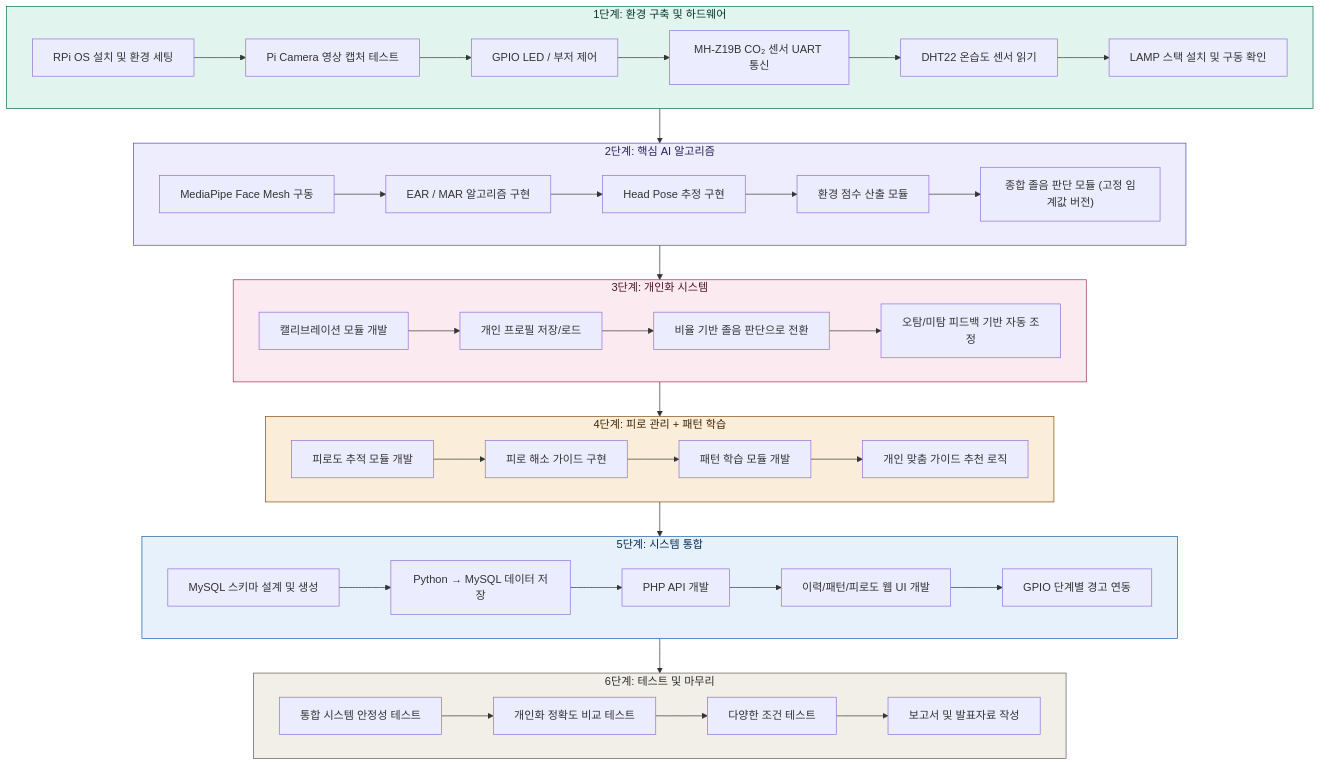
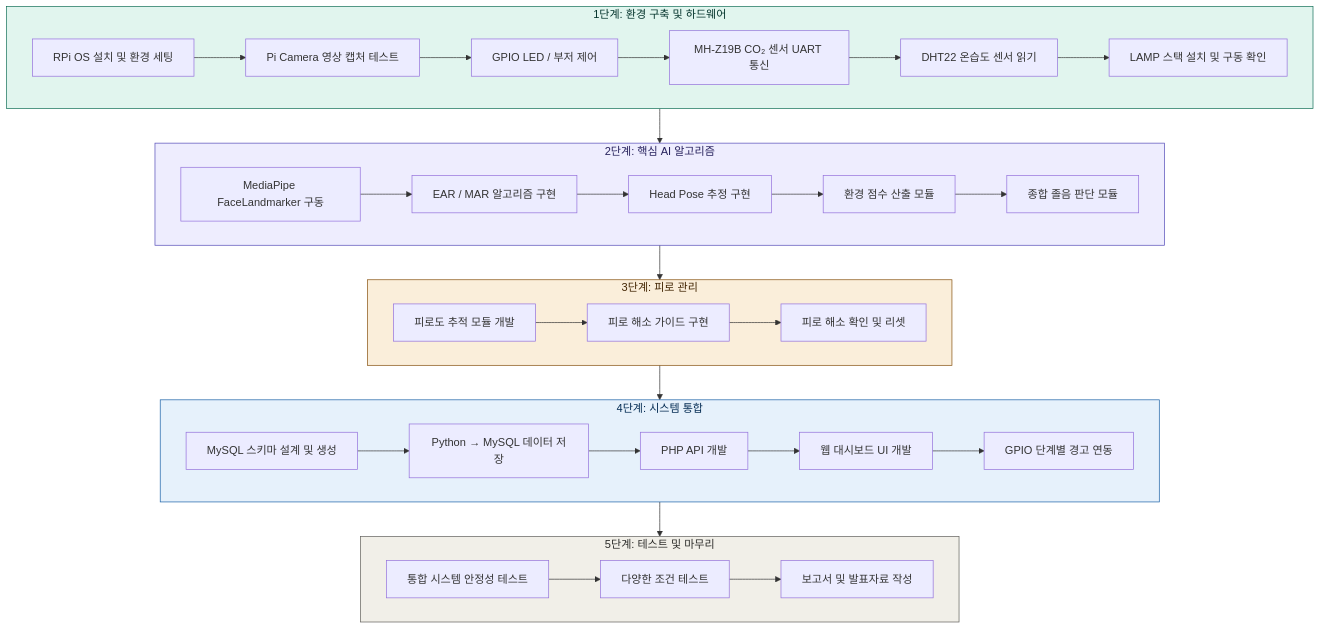
The ninth of 11 diagrams in project.md (pgh165/capstone), drawn with Mermaid before and after one commit. The commit also changed other lines of this file and 13 other files, not shown here.

````diff
--- a/project.md
+++ b/project.md
@@ -827,67 +647,55 @@
 ```mermaid
 flowchart TB
     subgraph PHASE1["1단계: 환경 구축 및 하드웨어"]
         P1A["RPi OS 설치 및 환경 세팅"]
         P1B["Pi Camera 영상 캡처 테스트"]
         P1C["GPIO LED / 부저 제어"]
         P1D["MH-Z19B CO₂ 센서 UART 통신"]
         P1E["DHT22 온습도 센서 읽기"]
         P1F["LAMP 스택 설치 및 구동 확인"]
         P1A --> P1B --> P1C --> P1D --> P1E --> P1F
     end
 
     subgraph PHASE2["2단계: 핵심 AI 알고리즘"]
-        P2A["MediaPipe Face Mesh 구동"]
+        P2A["MediaPipe FaceLandmarker 구동"]
         P2B["EAR / MAR 알고리즘 구현"]
         P2C["Head Pose 추정 구현"]
         P2D["환경 점수 산출 모듈"]
-        P2E["종합 졸음 판단 모듈 (고정 임계값 버전)"]
+        P2E["종합 졸음 판단 모듈"]
         P2A --> P2B --> P2C --> P2D --> P2E
     end
 
-    subgraph PHASE3["3단계: 개인화 시스템"]
-        P3A["캘리브레이션 모듈 개발"]
-        P3B["개인 프로필 저장/로드"]
-        P3C["비율 기반 졸음 판단으로 전환"]
-        P3D["오탐/미탐 피드백 기반 자동 조정"]
-        P3A --> P3B --> P3C --> P3D
+    subgraph PHASE3["3단계: 피로 관리"]
+        P3A["피로도 추적 모듈 개발"]
+        P3B["피로 해소 가이드 구현"]
+        P3C["피로 해소 확인 및 리셋"]
+        P3A --> P3B --> P3C
     end
 
-    subgraph PHASE4["4단계: 피로 관리 + 패턴 학습"]
-        P4A["피로도 추적 모듈 개발"]
-        P4B["피로 해소 가이드 구현"]
-        P4C["패턴 학습 모듈 개발"]
-        P4D["개인 맞춤 가이드 추천 로직"]
-        P4A --> P4B --> P4C --> P4D
+    subgraph PHASE4["4단계: 시스템 통합"]
+        P4A["MySQL 스키마 설계 및 생성"]
+        P4B["Python → MySQL 데이터 저장"]
+        P4C["PHP API 개발"]
+        P4D["웹 대시보드 UI 개발"]
+        P4E["GPIO 단계별 경고 연동"]
+        P4A --> P4B --> P4C --> P4D --> P4E
     end
 
-    subgraph PHASE5["5단계: 시스템 통합"]
-        P5A["MySQL 스키마 설계 및 생성"]
-        P5B["Python → MySQL 데이터 저장"]
-        P5C["PHP API 개발"]
-        P5D["이력/패턴/피로도 웹 UI 개발"]
-        P5E["GPIO 단계별 경고 연동"]
-        P5A --> P5B --> P5C --> P5D --> P5E
-    end
-
-    subgraph PHASE6["6단계: 테스트 및 마무리"]
-        P6A["통합 시스템 안정성 테스트"]
-        P6B["개인화 정확도 비교 테스트"]
-        P6C["다양한 조건 테스트"]
-        P6D["보고서 및 발표자료 작성"]
-        P6A --> P6B --> P6C --> P6D
+    subgraph PHASE5["5단계: 테스트 및 마무리"]
+        P5A["통합 시스템 안정성 테스트"]
+        P5B["다양한 조건 테스트"]
+        P5C["보고서 및 발표자료 작성"]
+        P5A --> P5B --> P5C
     end
 
     PHASE1 --> PHASE2
     PHASE2 --> PHASE3
     PHASE3 --> PHASE4
     PHASE4 --> PHASE5
-    PHASE5 --> PHASE6
 
     style PHASE1 fill:#E1F5EE,stroke:#0F6E56,color:#04342C
     style PHASE2 fill:#EEEDFE,stroke:#534AB7,color:#26215C
-    style PHASE3 fill:#FBEAF0,stroke:#993556,color:#4B1528
-    style PHASE4 fill:#FAEEDA,stroke:#854F0B,color:#412402
-    style PHASE5 fill:#E6F1FB,stroke:#185FA5,color:#042C53
-    style PHASE6 fill:#F1EFE8,stroke:#5F5E5A,color:#2C2C2A
+    style PHASE3 fill:#FAEEDA,stroke:#854F0B,color:#412402
+    style PHASE4 fill:#E6F1FB,stroke:#185FA5,color:#042C53
+    style PHASE5 fill:#F1EFE8,stroke:#5F5E5A,color:#2C2C2A
 ```
````
